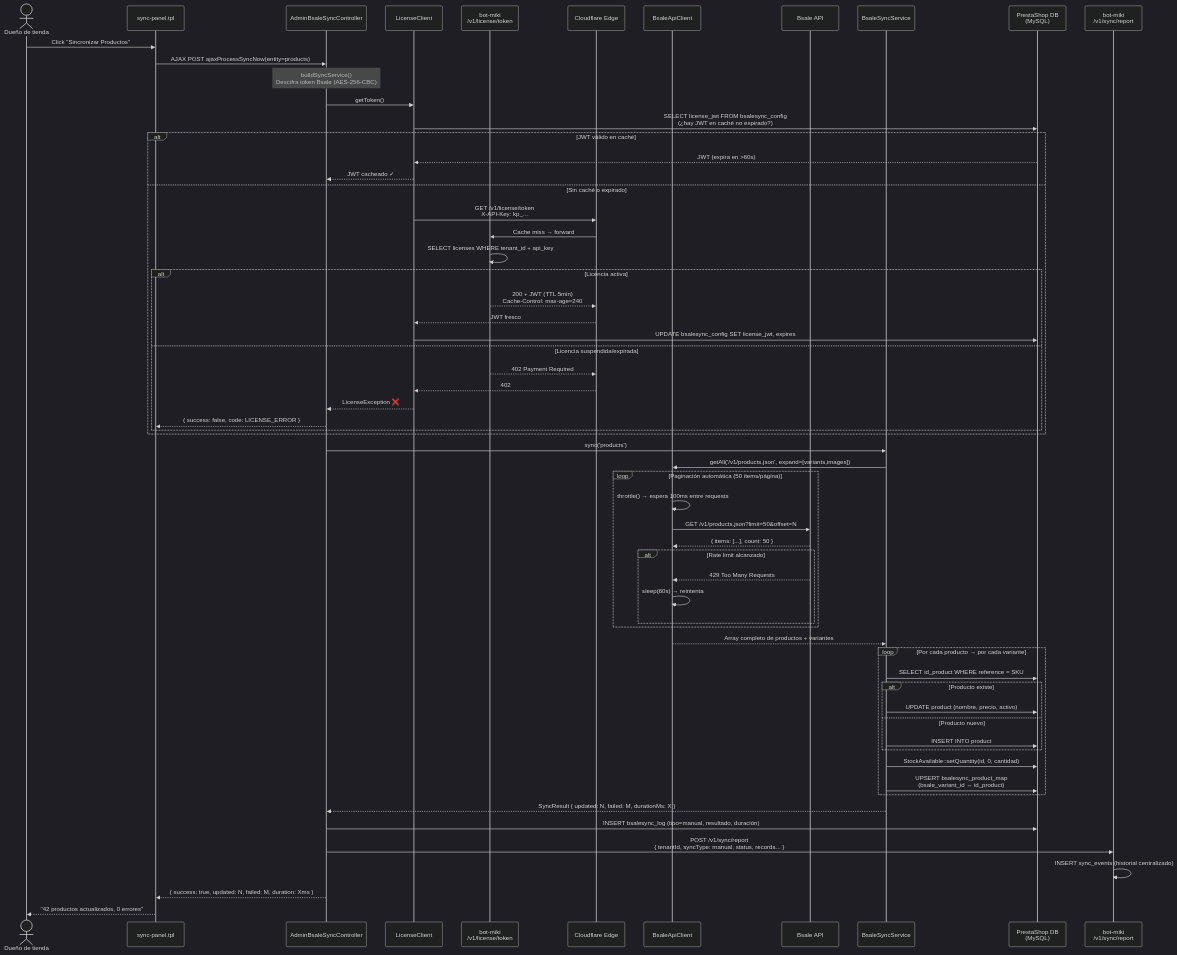
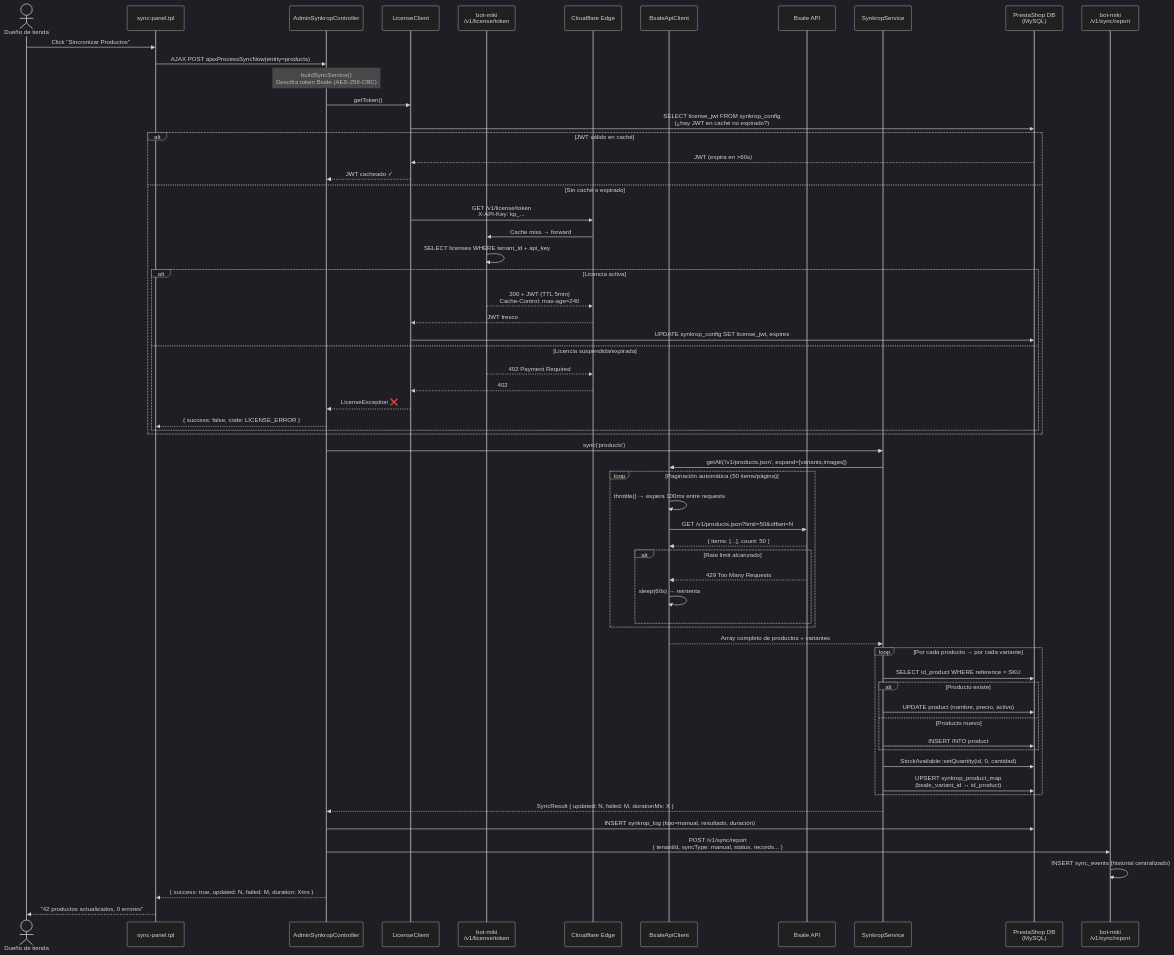
One commit to Jpcorp/kpcrop-latam-zollner-platform changed the second of 6 diagrams in docs/architecture/flows/prestashop-sync-flows.md. Above: the diagram before and after it, drawn with Mermaid (dark theme). The commit also changed other lines of this file and 36 other files, not shown here.

First line of the commit message:
refactor: renombrar producto de BsaleSync a Synkrop en todo el proyecto

````diff
--- a/docs/architecture/flows/prestashop-sync-flows.md
+++ b/docs/architecture/flows/prestashop-sync-flows.md
@@ -58,76 +58,76 @@
 ```mermaid
 sequenceDiagram
     actor Admin as Dueño de tienda
     participant UI as sync-panel.tpl
-    participant CTRL as AdminBsaleSyncController
+    participant CTRL as AdminSynkropController
     participant LC as LicenseClient
     participant BM as bot-miki<br/>/v1/license/token
     participant CF as Cloudflare Edge
     participant BC as BsaleApiClient
     participant BSALE as Bsale API
-    participant SVC as BsaleSyncService
+    participant SVC as SynkropService
     participant PS as PrestaShop DB<br/>(MySQL)
     participant RPT as bot-miki<br/>/v1/sync/report
 
     Admin->>UI: Click "Sincronizar Productos"
     UI->>CTRL: AJAX POST ajaxProcessSyncNow(entity=products)
 
     Note over CTRL: buildSyncService()<br/>Descifra token Bsale (AES-256-CBC)
 
     CTRL->>LC: getToken()
-    LC->>PS: SELECT license_jwt FROM bsalesync_config<br/>(¿hay JWT en caché no expirado?)
+    LC->>PS: SELECT license_jwt FROM synkrop_config<br/>(¿hay JWT en caché no expirado?)
 
     alt JWT válido en caché
         PS-->>LC: JWT (expira en >60s)
         LC-->>CTRL: JWT cacheado ✓
     else Sin caché o expirado
         LC->>CF: GET /v1/license/token<br/>X-API-Key: kp_...
         CF->>BM: Cache miss → forward
         BM->>BM: SELECT licenses WHERE tenant_id + api_key
         alt Licencia activa
             BM-->>CF: 200 + JWT (TTL 5min)<br/>Cache-Control: max-age=240
             CF-->>LC: JWT fresco
-            LC->>PS: UPDATE bsalesync_config SET license_jwt, expires
+            LC->>PS: UPDATE synkrop_config SET license_jwt, expires
         else Licencia suspendida/expirada
             BM-->>CF: 402 Payment Required
             CF-->>LC: 402
             LC-->>CTRL: LicenseException ❌
             CTRL-->>UI: { success: false, code: LICENSE_ERROR }
         end
     end
 
     CTRL->>SVC: sync('products')
     SVC->>BC: getAll('/v1/products.json', expand=[variants,images])
 
     loop Paginación automática (50 items/página)
         BC->>BC: throttle() → espera 100ms entre requests
         BC->>BSALE: GET /v1/products.json?limit=50&offset=N
         BSALE-->>BC: { items: [...], count: 50 }
         alt Rate limit alcanzado
             BSALE-->>BC: 429 Too Many Requests
             BC->>BC: sleep(60s) → reintenta
         end
     end
 
     BC-->>SVC: Array completo de productos + variantes
 
     loop Por cada producto → por cada variante
         SVC->>PS: SELECT id_product WHERE reference = SKU
         alt Producto existe
             SVC->>PS: UPDATE product (nombre, precio, activo)
         else Producto nuevo
             SVC->>PS: INSERT INTO product
         end
         SVC->>PS: StockAvailable::setQuantity(id, 0, cantidad)
-        SVC->>PS: UPSERT bsalesync_product_map<br/>(bsale_variant_id ↔ id_product)
+        SVC->>PS: UPSERT synkrop_product_map<br/>(bsale_variant_id ↔ id_product)
     end
 
     SVC-->>CTRL: SyncResult { updated: N, failed: M, durationMs: X }
 
-    CTRL->>PS: INSERT bsalesync_log (tipo=manual, resultado, duración)
+    CTRL->>PS: INSERT synkrop_log (tipo=manual, resultado, duración)
     CTRL->>RPT: POST /v1/sync/report<br/>{ tenantId, syncType: manual, status, records... }
     RPT->>RPT: INSERT sync_events (historial centralizado)
 
     CTRL-->>UI: { success: true, updated: N, failed: M, duration: Xms }
     UI-->>Admin: "42 productos actualizados, 0 errores"
 ```
````
